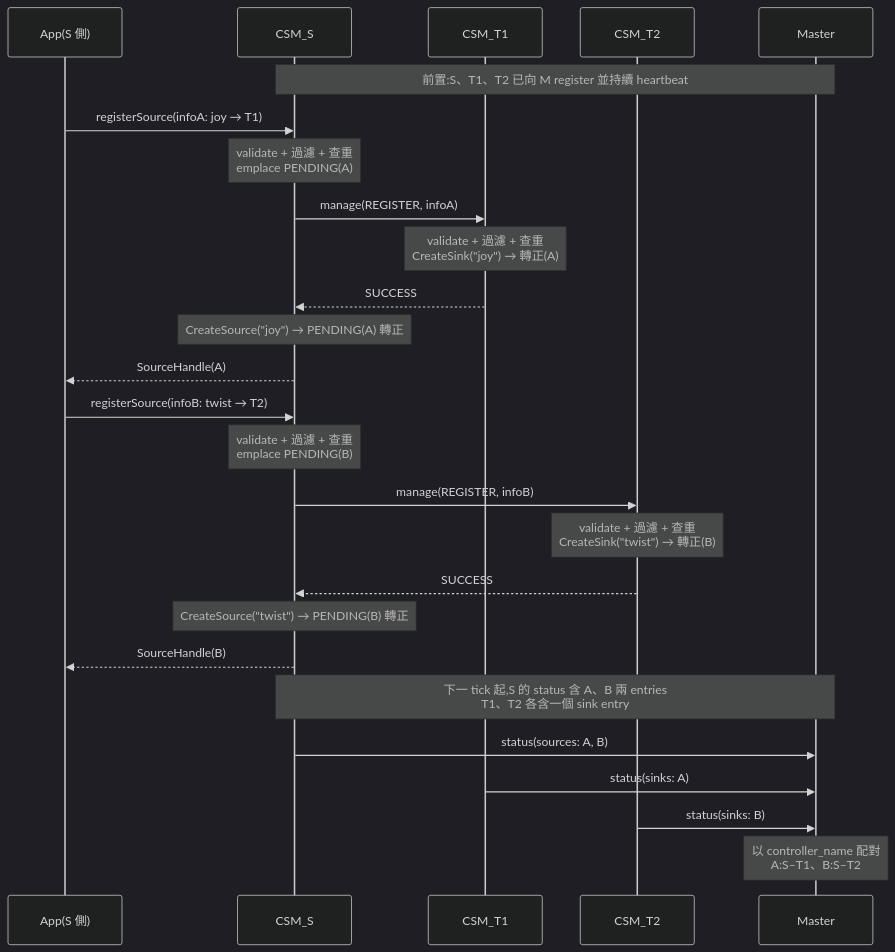
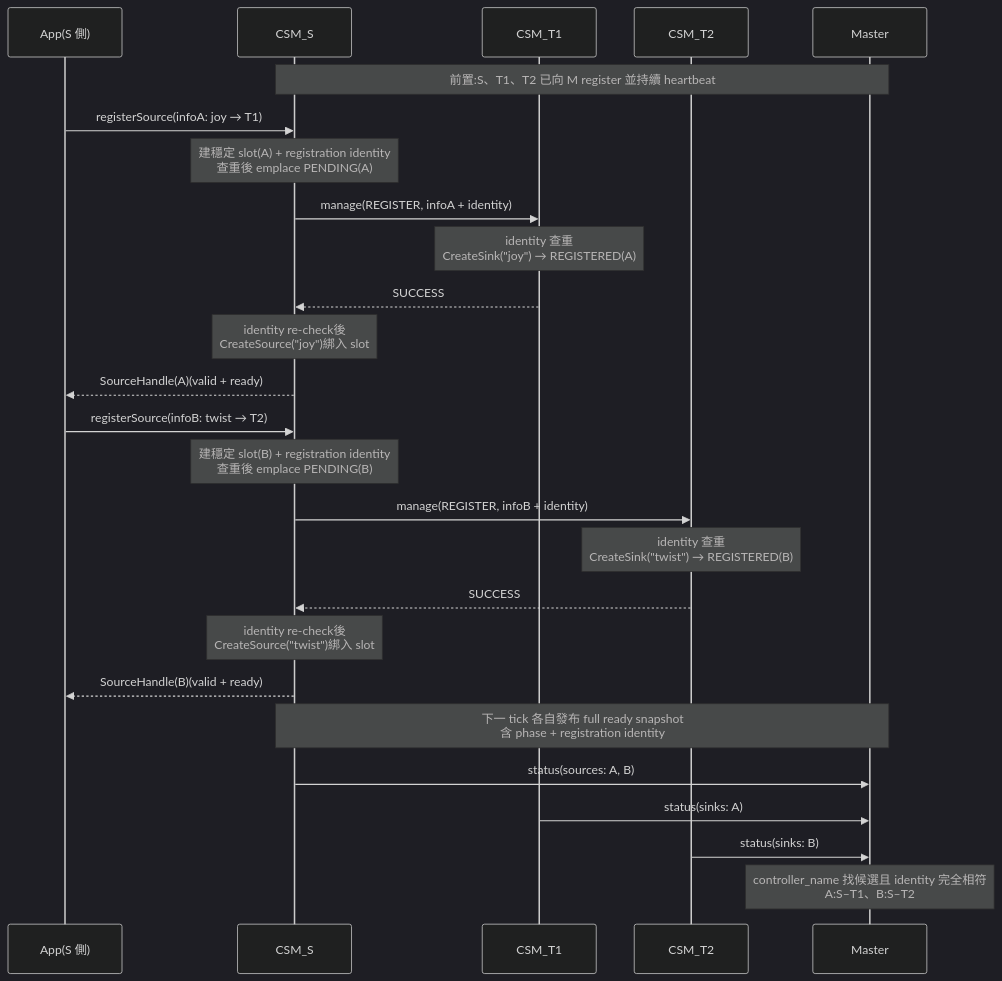
One commit to cocobird231/rv2_project changed diagram 14 of 43 in r1_design_draft.md. Above: the diagram before and after it, drawn with Mermaid (dark theme). The commit also changed other lines of this file and 1 other file, not shown here.

````diff
--- a/r1_design_draft.md
+++ b/r1_design_draft.md
@@ -1641,31 +2369,31 @@
 ```mermaid
 sequenceDiagram
     participant App as App(S 側)
     participant S as CSM_S
     participant T1 as CSM_T1
     participant T2 as CSM_T2
     participant M as Master
 
     Note over S,M: 前置:S、T1、T2 已向 M register 並持續 heartbeat
     App->>S: registerSource(infoA: joy → T1)
-    Note over S: validate + 過濾 + 查重<br/>emplace PENDING(A)
-    S->>T1: manage(REGISTER, infoA)
-    Note over T1: validate + 過濾 + 查重<br/>CreateSink("joy") → 轉正(A)
+    Note over S: 建穩定 slot(A) + registration identity<br/>查重後 emplace PENDING(A)
+    S->>T1: manage(REGISTER, infoA + identity)
+    Note over T1: identity 查重<br/>CreateSink("joy") → REGISTERED(A)
     T1-->>S: SUCCESS
-    Note over S: CreateSource("joy") → PENDING(A) 轉正
-    S-->>App: SourceHandle(A)
+    Note over S: identity re-check後<br/>CreateSource("joy")綁入 slot
+    S-->>App: SourceHandle(A)(valid + ready)
 
     App->>S: registerSource(infoB: twist → T2)
-    Note over S: validate + 過濾 + 查重<br/>emplace PENDING(B)
-    S->>T2: manage(REGISTER, infoB)
-    Note over T2: validate + 過濾 + 查重<br/>CreateSink("twist") → 轉正(B)
+    Note over S: 建穩定 slot(B) + registration identity<br/>查重後 emplace PENDING(B)
+    S->>T2: manage(REGISTER, infoB + identity)
+    Note over T2: identity 查重<br/>CreateSink("twist") → REGISTERED(B)
     T2-->>S: SUCCESS
-    Note over S: CreateSource("twist") → PENDING(B) 轉正
-    S-->>App: SourceHandle(B)
+    Note over S: identity re-check後<br/>CreateSource("twist")綁入 slot
+    S-->>App: SourceHandle(B)(valid + ready)
 
-    Note over S,M: 下一 tick 起,S 的 status 含 A、B 兩 entries<br/>T1、T2 各含一個 sink entry
+    Note over S,M: 下一 tick 各自發布 full ready snapshot<br/>含 phase + registration identity
     S->>M: status(sources: A, B)
     T1->>M: status(sinks: A)
     T2->>M: status(sinks: B)
-    Note over M: 以 controller_name 配對<br/>A:S–T1、B:S–T2
+    Note over M: controller_name 找候選且 identity 完全相符<br/>A:S–T1、B:S–T2
 ```
````
